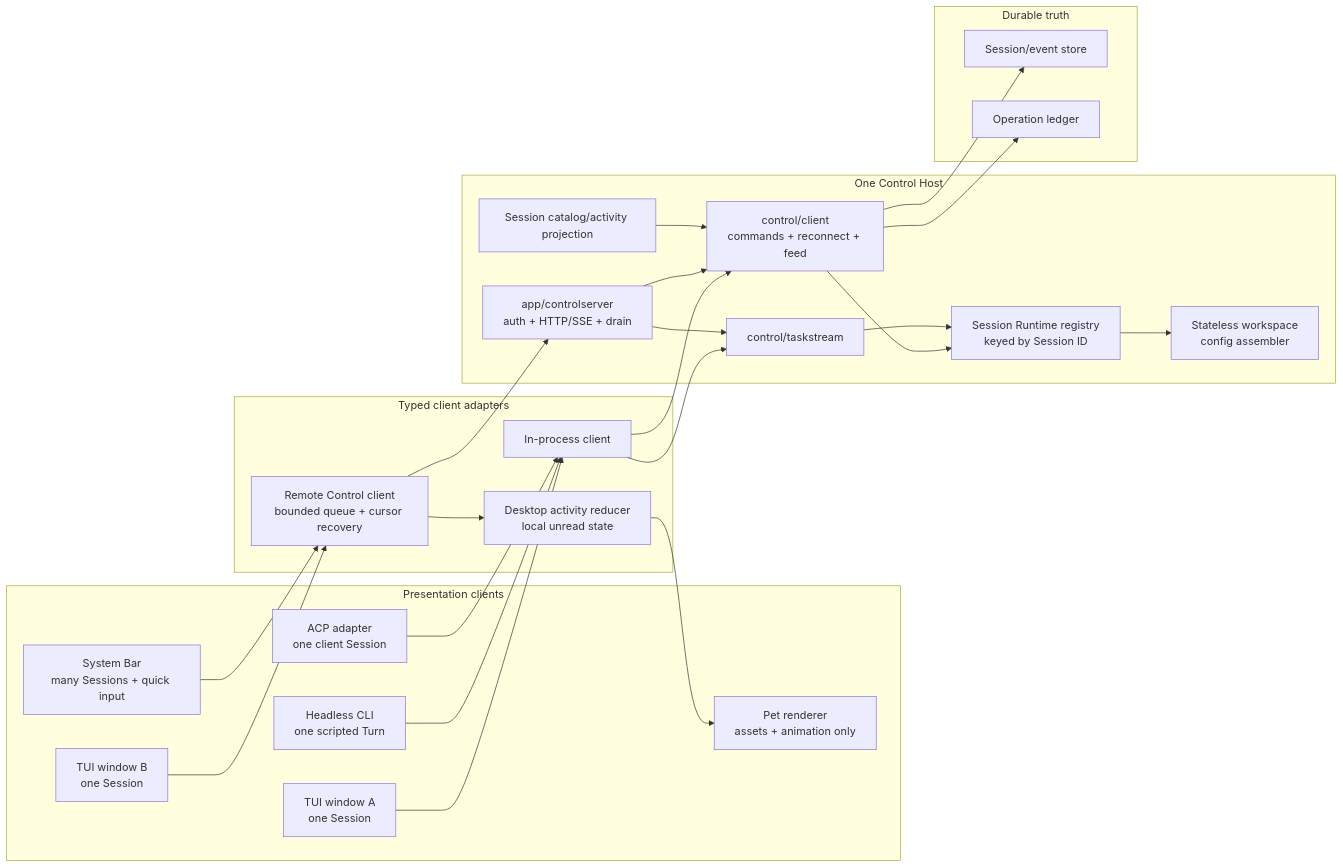
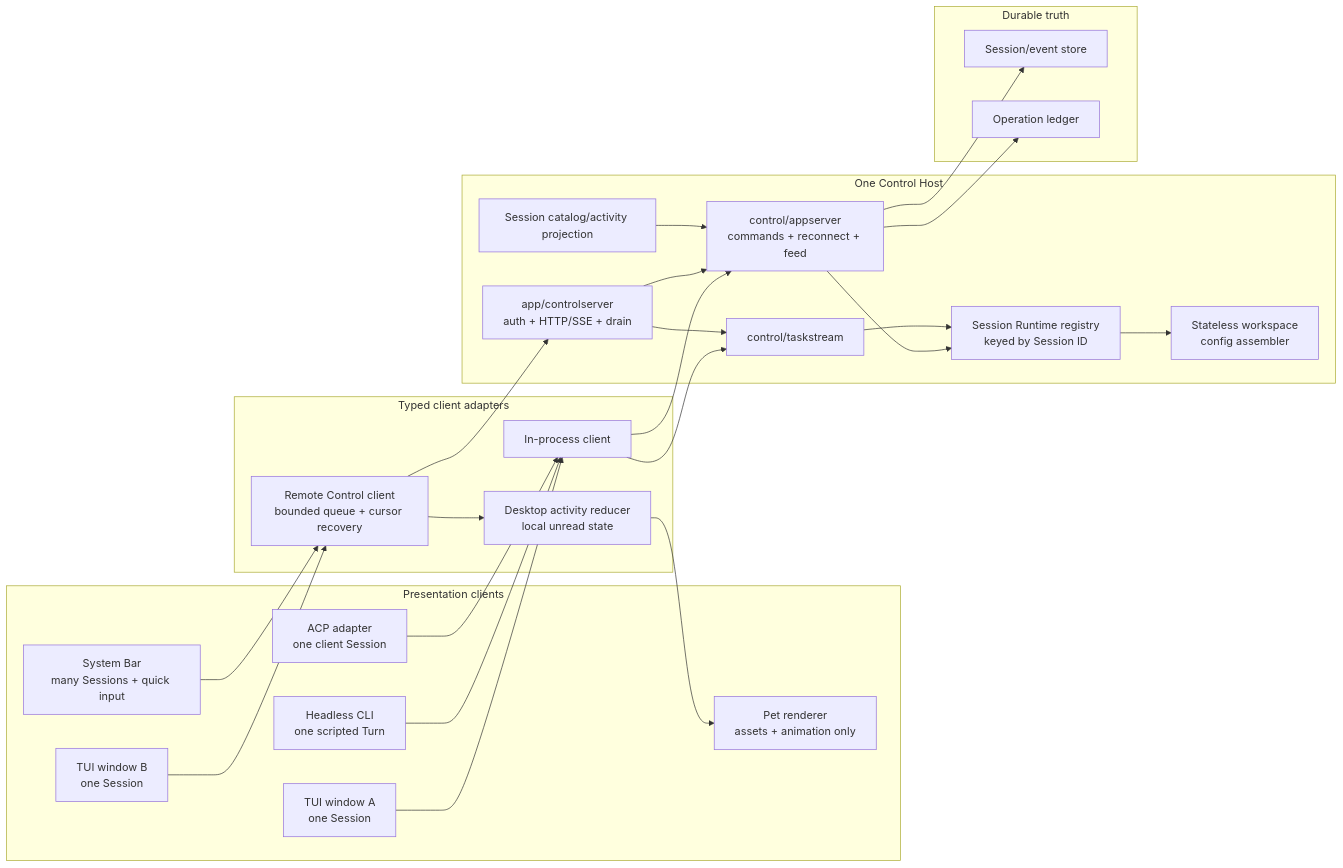
The first of 3 diagrams in docs/control-host-bar-pet-design.md (caelis-labs/caelis), drawn with Mermaid before and after one commit. The commit also changed other lines of this file and 286 other files, not shown here.

Commit message:
refactor(appserver): establish the control boundary

````diff
--- a/docs/control-host-bar-pet-design.md
+++ b/docs/control-host-bar-pet-design.md
@@ -514,50 +514,50 @@
 ```mermaid
 flowchart LR
     subgraph Presentation["Presentation clients"]
         TUI1["TUI window A<br/>one Session"]
         TUI2["TUI window B<br/>one Session"]
         HEADLESS["Headless CLI<br/>one scripted Turn"]
         ACP["ACP adapter<br/>one client Session"]
         BAR["System Bar<br/>many Sessions + quick input"]
         PET["Pet renderer<br/>assets + animation only"]
     end
 
     subgraph Client["Typed client adapters"]
         LOCAL["In-process client"]
         REMOTE["Remote Control client<br/>bounded queue + cursor recovery"]
         REDUCER["Desktop activity reducer<br/>local unread state"]
     end
 
     subgraph Host["One Control Host"]
         API["app/controlserver<br/>auth + HTTP/SSE + drain"]
         CATALOG["Session catalog/activity projection"]
-        CONTROL["control/client<br/>commands + reconnect + feed"]
+        CONTROL["control/appserver<br/>commands + reconnect + feed"]
         TASKS["control/taskstream"]
         ASSEMBLER["Stateless workspace<br/>config assembler"]
         RUNTIME["Session Runtime registry<br/>keyed by Session ID"]
     end
 
     subgraph Durable["Durable truth"]
         STORE["Session/event store"]
         OPS["Operation ledger"]
     end
 
     TUI1 --> LOCAL
     TUI2 --> REMOTE
     HEADLESS --> LOCAL
     ACP --> LOCAL
     BAR --> REMOTE
     REMOTE --> REDUCER
     REDUCER --> PET
     LOCAL --> CONTROL
     LOCAL --> TASKS
     REMOTE --> API
     API --> CONTROL
     API --> TASKS
     CATALOG --> CONTROL
     CONTROL --> RUNTIME
     TASKS --> RUNTIME
     RUNTIME --> ASSEMBLER
     CONTROL --> STORE
     CONTROL --> OPS
 ```
````
